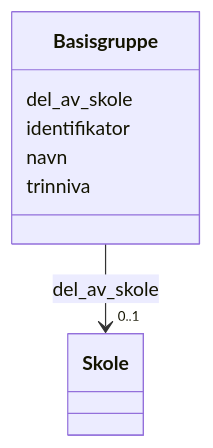
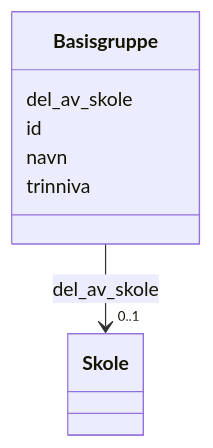
Before and after one commit to brreg/linkml-w3c-no-profiles: the diagram in mkdocs/docs/samt/samt-bu/klasser/basisgruppe.md, drawn with Mermaid. The commit also changed other lines of this file and 541 other files, not shown here.

````diff
--- a/mkdocs/docs/samt/samt-bu/klasser/basisgruppe.md
+++ b/mkdocs/docs/samt/samt-bu/klasser/basisgruppe.md
@@ -18,23 +18,23 @@
 ```mermaid
  classDiagram
     class Basisgruppe
     click Basisgruppe href "../Basisgruppe/"
       Basisgruppe : del_av_skole
         
           
     
         
         
         Basisgruppe --> "0..1" Skole : del_av_skole
         click Skole href "../Skole/"
     
 
         
-      Basisgruppe : identifikator
+      Basisgruppe : id
         
       Basisgruppe : navn
         
       Basisgruppe : trinniva
         
       
 ```
````
